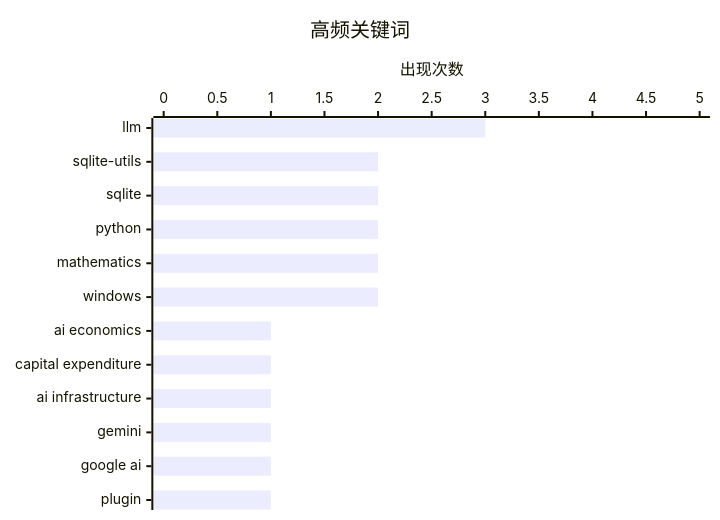
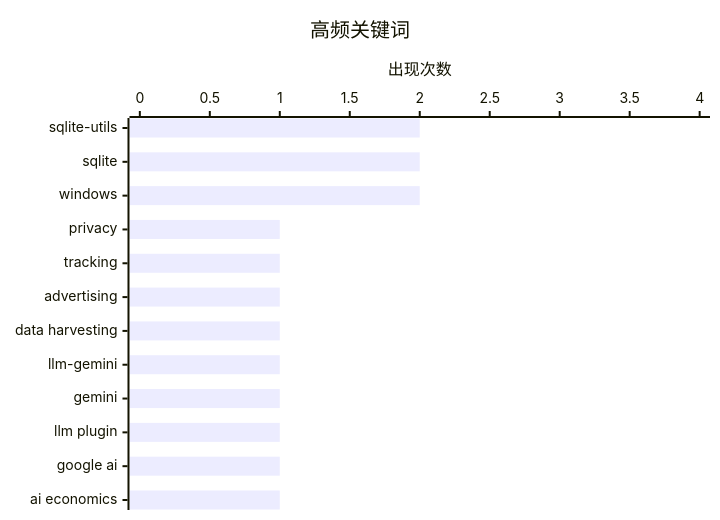
The second of 2 diagrams in docs/digest-20260815.md (AlexJJ009/ai-daily-digest-v2), drawn with Mermaid before and after one commit. The commit also changed other lines of this file and 2 other files, not shown here.

````diff
--- a/docs/digest-20260815.md
+++ b/docs/digest-20260815.md
@@ -65,7 +66,7 @@
 ```mermaid
 xychart-beta horizontal
     title "高频关键词"
-    x-axis ["llm", "sqlite-utils", "sqlite", "python", "mathematics", "windows", "ai economics", "capital expenditure", "ai infrastructure", "gemini", "google ai", "plugin"]
-    y-axis "出现次数" 0 --> 5
-    bar [3, 2, 2, 2, 2, 2, 1, 1, 1, 1, 1, 1]
+    x-axis ["sqlite-utils", "sqlite", "windows", "privacy", "tracking", "advertising", "data harvesting", "llm-gemini", "gemini", "llm plugin", "google ai", "ai economics"]
+    y-axis "出现次数" 0 --> 4
+    bar [2, 2, 2, 1, 1, 1, 1, 1, 1, 1, 1, 1]
 ```
````
